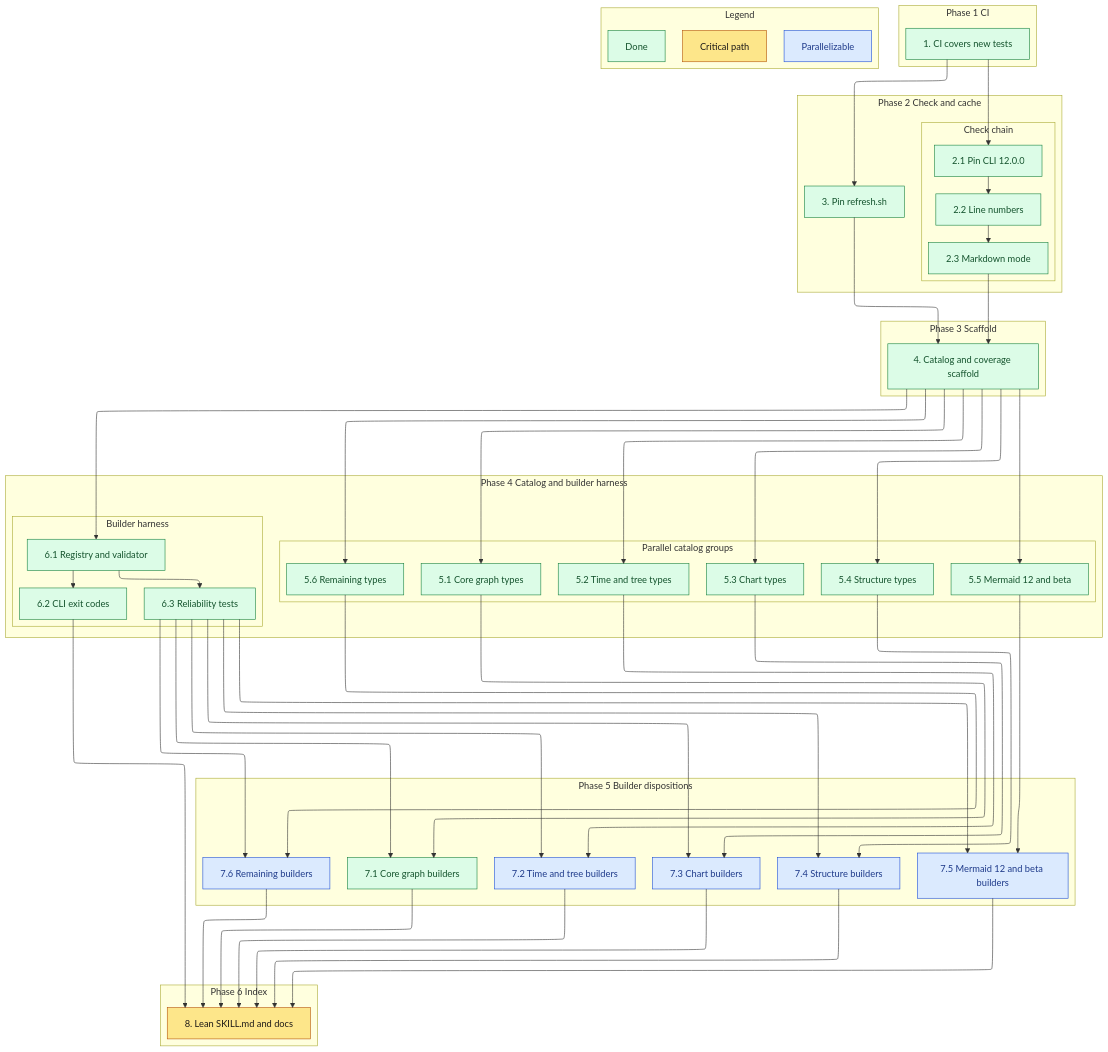
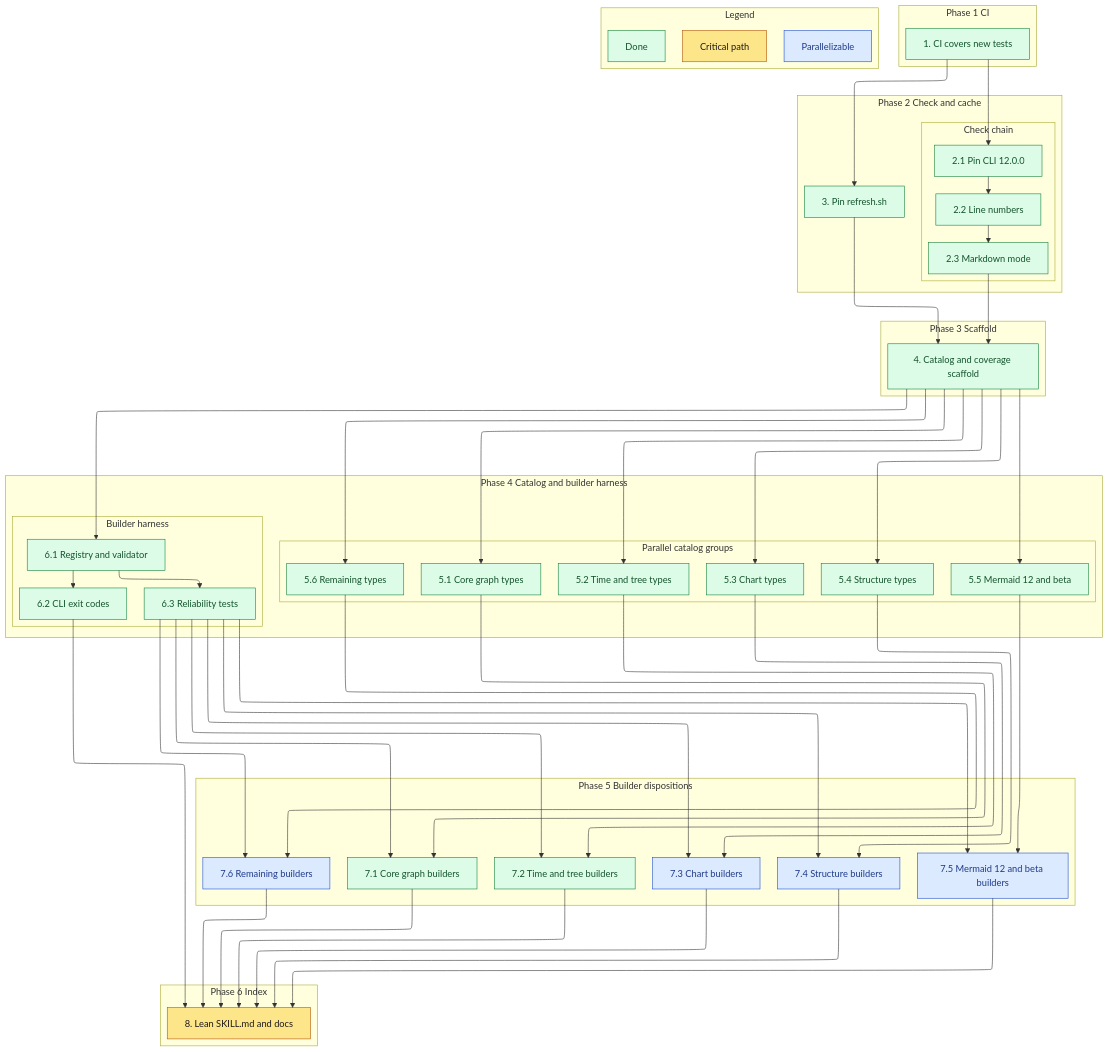
Before and after one commit to sohampatwardhan/mermaid-skill: the diagram in .kiro/specs/mermaid-catalog/tasks.md, drawn with Mermaid. The commit also changed other lines of this file and 28 other files, not shown here.

````diff
--- a/.kiro/specs/mermaid-catalog/tasks.md
+++ b/.kiro/specs/mermaid-catalog/tasks.md
@@ -94,7 +94,7 @@
   classDef critical fill:#fde68a,stroke:#b45309,color:#1c1917
   classDef parallel fill:#dbeafe,stroke:#1d4ed8,color:#1e3a8a
   classDef done fill:#dcfce7,stroke:#15803d,color:#14532d
-  class t1,t2_1,t2_2,t2_3,t3,t4,t5_1,t5_2,t5_3,t5_4,t5_5,t5_6,t6_1,t6_2,t6_3,t7_1,ld done
+  class t1,t2_1,t2_2,t2_3,t3,t4,t5_1,t5_2,t5_3,t5_4,t5_5,t5_6,t6_1,t6_2,t6_3,t7_1,t7_2,ld done
   class t8,lc critical
-  class t7_2,t7_3,t7_4,t7_5,t7_6,lp parallel
+  class t7_3,t7_4,t7_5,t7_6,lp parallel
 ```
````
